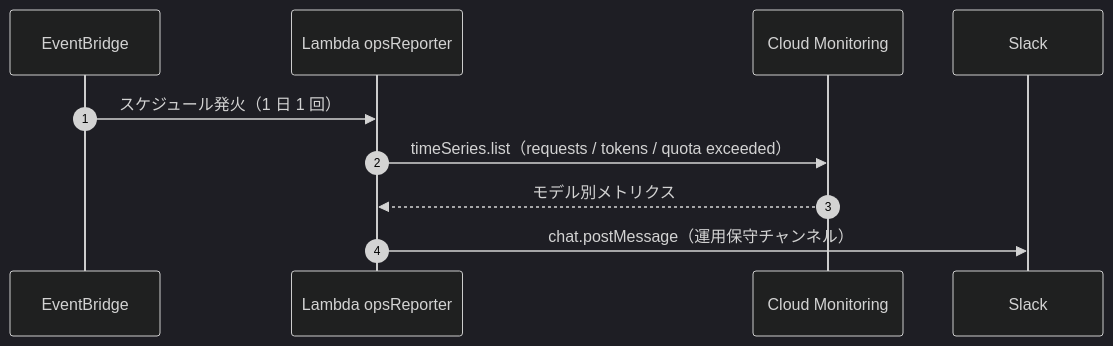
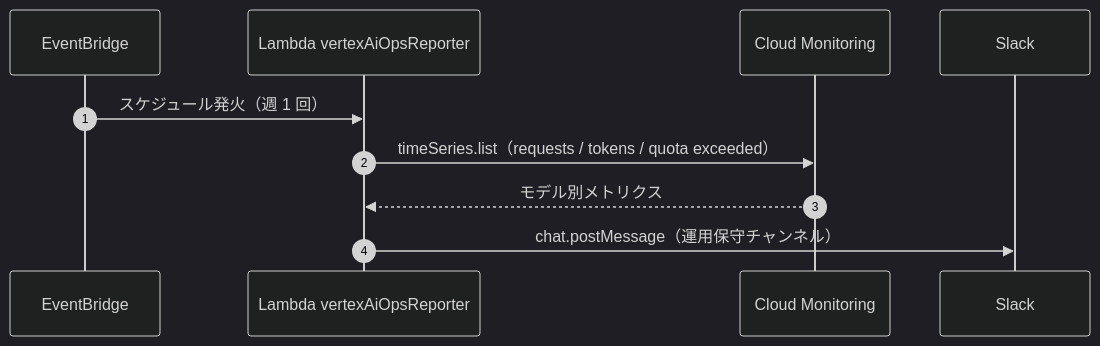
Before and after one commit to YoshimuraKoei/koei-clone: the sixth of 11 diagrams in ARCHITECTURE.md, drawn with Mermaid (dark theme). The commit also changed other lines of this file and 9 other files, not shown here.

````diff
--- a/ARCHITECTURE.md
+++ b/ARCHITECTURE.md
@@ -136,13 +142,13 @@
 ```mermaid
 sequenceDiagram
   autonumber
   participant EB as EventBridge
-  participant Lambda as Lambda opsReporter
+  participant Lambda as Lambda vertexAiOpsReporter
   participant CM as Cloud Monitoring
   participant Slack
 
-  EB->>Lambda: スケジュール発火（1 日 1 回）
+  EB->>Lambda: スケジュール発火（週 1 回）
   Lambda->>CM: timeSeries.list（requests / tokens / quota exceeded）
   CM-->>Lambda: モデル別メトリクス
   Lambda->>Slack: chat.postMessage（運用保守チャンネル）
 ```
````
